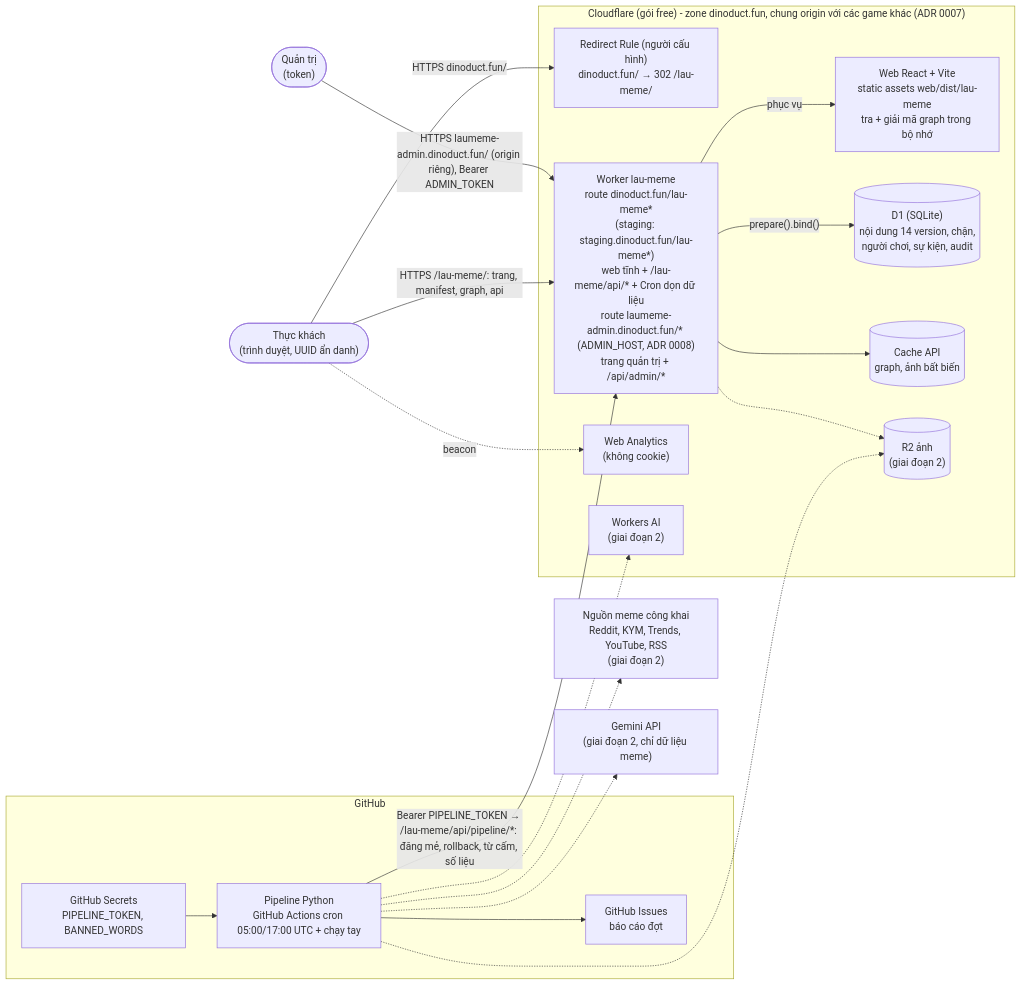
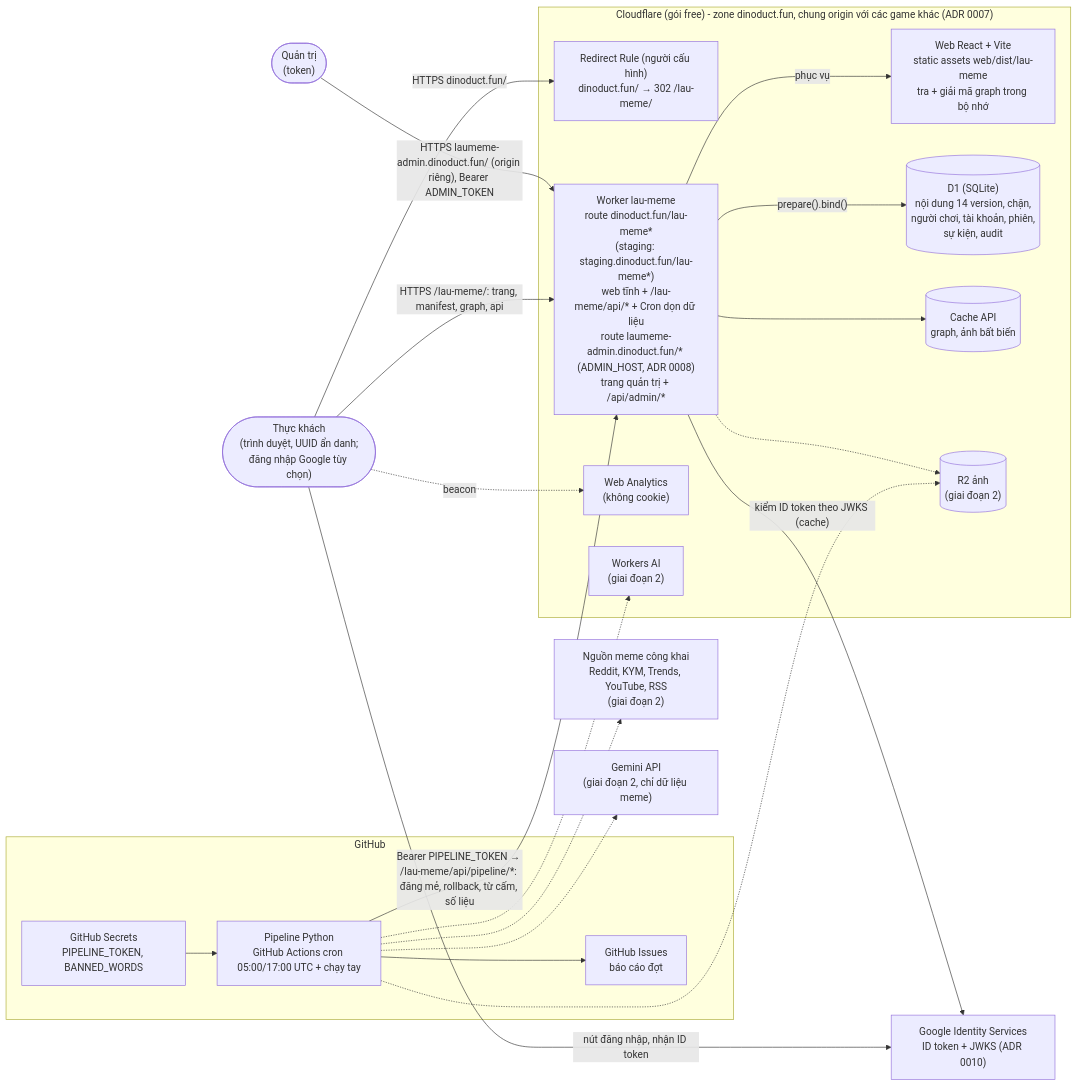
Before and after one commit to thucnq/lau-meme: the diagram in docs/diagrams/system.mmd, drawn with Mermaid. The commit also changed 6 other files, not shown here.

```diff
--- a/docs/diagrams/system.mmd
+++ b/docs/diagrams/system.mmd
@@ -1,40 +1,43 @@
 %% C4 container - Lẩu Meme (giai đoạn 1; nét đứt = giai đoạn 2)
 flowchart LR
-  player(["Thực khách<br/>(trình duyệt, UUID ẩn danh)"])
+  player(["Thực khách<br/>(trình duyệt, UUID ẩn danh;<br/>đăng nhập Google tùy chọn)"])
   admin(["Quản trị<br/>(token)"])
 
   subgraph cf["Cloudflare (gói free) - zone dinoduct.fun, chung origin với các game khác (ADR 0007)"]
     redirect["Redirect Rule (người cấu hình)<br/>dinoduct.fun/ → 302 /lau-meme/"]
     worker["Worker lau-meme<br/>route dinoduct.fun/lau-meme*<br/>(staging: staging.dinoduct.fun/lau-meme*)<br/>web tĩnh + /lau-meme/api/* + Cron dọn dữ liệu<br/>route laumeme-admin.dinoduct.fun/* (ADMIN_HOST, ADR 0008)<br/>trang quản trị + /api/admin/*"]
     web["Web React + Vite<br/>static assets web/dist/lau-meme<br/>tra + giải mã graph trong bộ nhớ"]
-    d1[("D1 (SQLite)<br/>nội dung 14 version, chặn,<br/>người chơi, sự kiện, audit")]
+    d1[("D1 (SQLite)<br/>nội dung 14 version, chặn,<br/>người chơi, tài khoản, phiên,<br/>sự kiện, audit")]
     cache[("Cache API<br/>graph, ảnh bất biến")]
     wa["Web Analytics<br/>(không cookie)"]
     r2[("R2 ảnh<br/>(giai đoạn 2)")]
     wai["Workers AI<br/>(giai đoạn 2)"]
   end
 
   subgraph gh["GitHub"]
     actions["Pipeline Python<br/>GitHub Actions cron 05:00/17:00 UTC + chạy tay"]
     issues["GitHub Issues<br/>báo cáo đợt"]
     secrets["GitHub Secrets<br/>PIPELINE_TOKEN, BANNED_WORDS"]
   end
 
+  google["Google Identity Services<br/>ID token + JWKS (ADR 0010)"]
   sources["Nguồn meme công khai<br/>Reddit, KYM, Trends, YouTube, RSS<br/>(giai đoạn 2)"]
   gemini["Gemini API<br/>(giai đoạn 2, chỉ dữ liệu meme)"]
 
   player -- "HTTPS dinoduct.fun/" --> redirect
   player -- "HTTPS /lau-meme/: trang, manifest, graph, api" --> worker
   admin -- "HTTPS laumeme-admin.dinoduct.fun/ (origin riêng), Bearer ADMIN_TOKEN" --> worker
   worker -- "phục vụ" --> web
   worker -- "prepare().bind()" --> d1
   worker --> cache
   player -. beacon .-> wa
+  player -- "nút đăng nhập, nhận ID token" --> google
+  worker -- "kiểm ID token theo JWKS (cache)" --> google
   actions -- "Bearer PIPELINE_TOKEN → /lau-meme/api/pipeline/*: đăng mẻ, rollback, từ cấm, số liệu" --> worker
   actions --> issues
   secrets --> actions
   actions -.-> sources
   actions -.-> gemini
   actions -.-> wai
   actions -.-> r2
   worker -.-> r2
```
